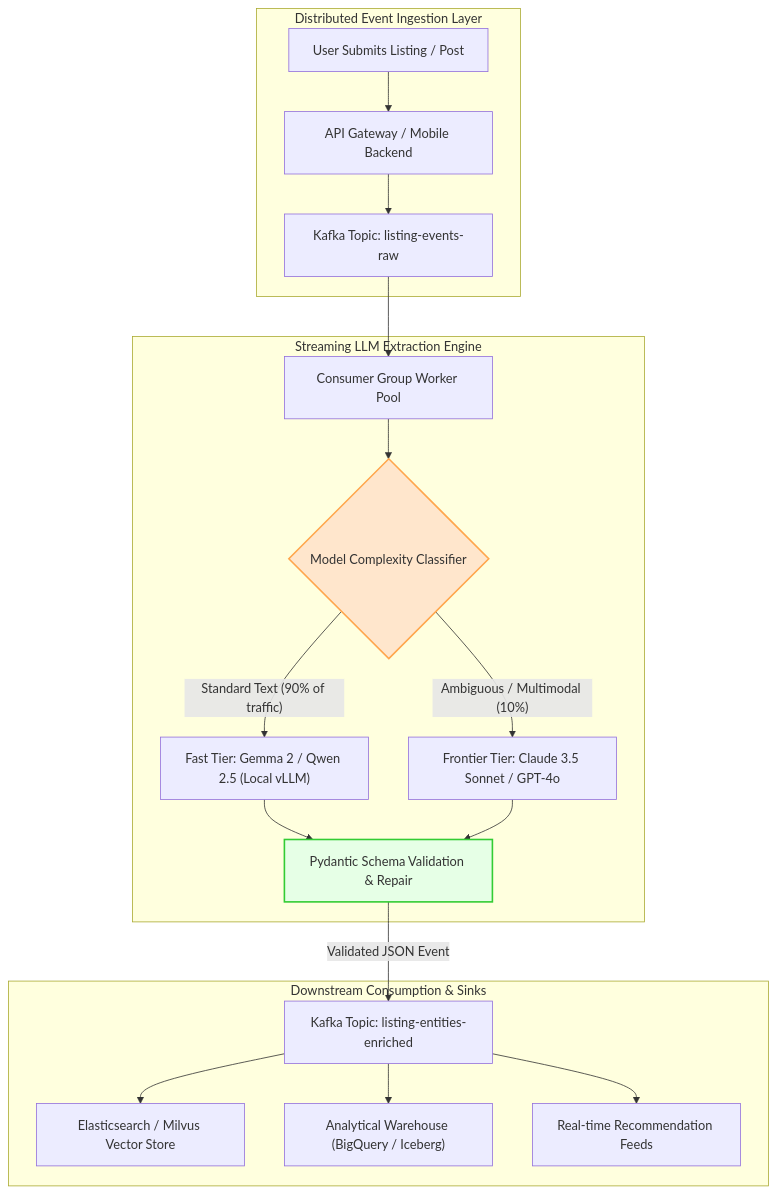
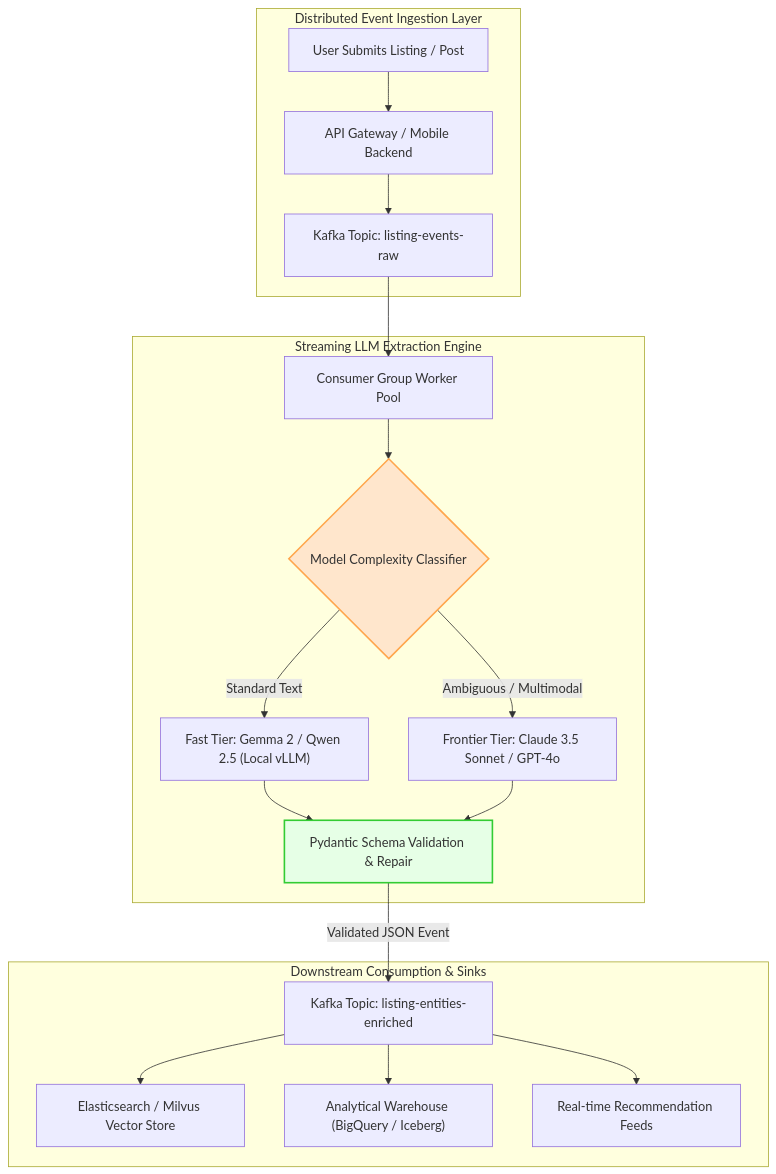
One commit to akillness/akillness.github.io changed the first of 2 diagrams in _posts/2024/05/2024-05-06-llm-use-case.md. Above: the diagram before and after it, drawn with Mermaid. The commit also changed other lines of this file and 9 other files, not shown here.

````diff
--- a/_posts/2024/05/2024-05-06-llm-use-case.md
+++ b/_posts/2024/05/2024-05-06-llm-use-case.md
@@ -24,26 +26,26 @@
 ```mermaid
 flowchart TD
     subgraph EventIngestion["Distributed Event Ingestion Layer"]
         A["User Submits Listing / Post"] --> B["API Gateway / Mobile Backend"]
         B --> C["Kafka Topic: listing-events-raw"]
     end
 
     subgraph StreamingPipeline["Streaming LLM Extraction Engine"]
         C --> D["Consumer Group Worker Pool"]
         D --> E{"Model Complexity Classifier"}
-        E -->|"Standard Text (90% of traffic)"| F["Fast Tier: Gemma 2 / Qwen 2.5 (Local vLLM)"]
-        E -->|"Ambiguous / Multimodal (10%)"| G["Frontier Tier: Claude 3.5 Sonnet / GPT-4o"]
+        E -->|"Standard Text"| F["Fast Tier: Gemma 2 / Qwen 2.5 (Local vLLM)"]
+        E -->|"Ambiguous / Multimodal"| G["Frontier Tier: Claude 3.5 Sonnet / GPT-4o"]
         F --> H["Pydantic Schema Validation & Repair"]
         G --> H
     end
 
     subgraph DownstreamSinks["Downstream Consumption & Sinks"]
         H -->|Validated JSON Event| I["Kafka Topic: listing-entities-enriched"]
         I --> J["Elasticsearch / Milvus Vector Store"]
         I --> K["Analytical Warehouse (BigQuery / Iceberg)"]
         I --> L["Real-time Recommendation Feeds"]
     end
 
     style E fill:#ffe6cc,stroke:#ffa64d,stroke-width:2px
     style H fill:#e6ffe6,stroke:#33cc33,stroke-width:2px
 ```
````
